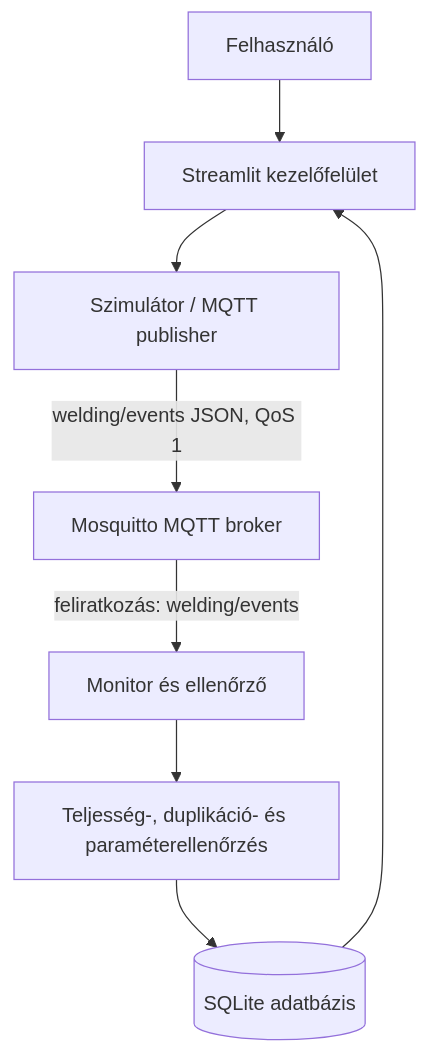
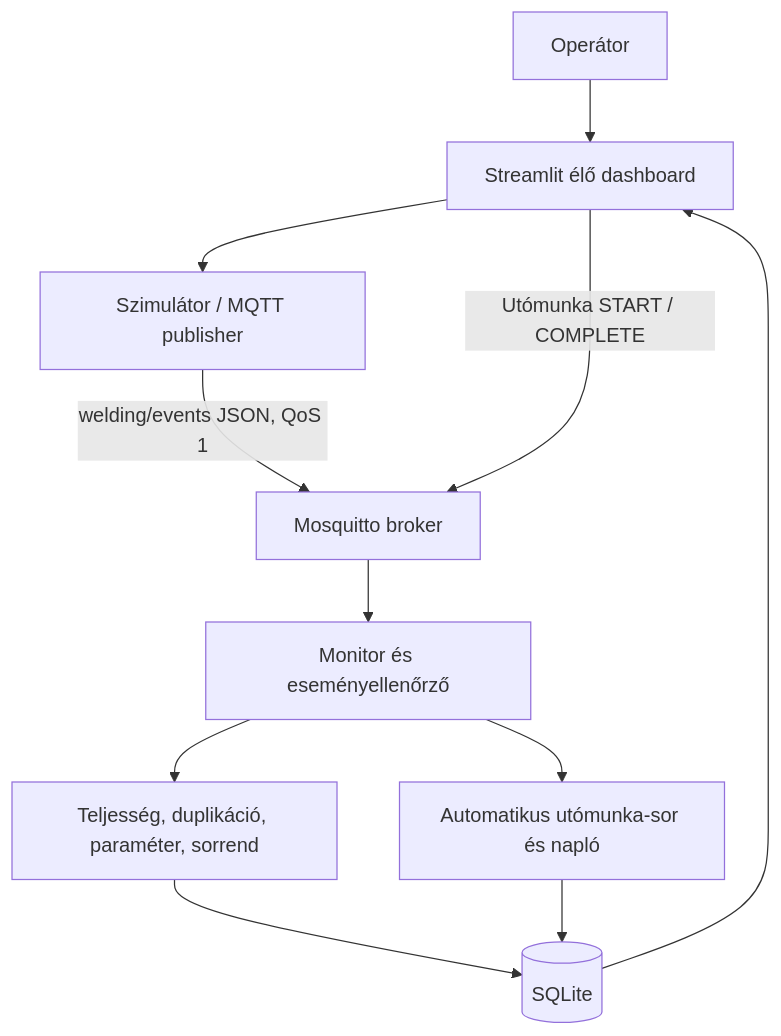
The diagram in docs/architecture.md (DrPigHunter/IPAR4.0-Karosszeriahegesztes), drawn with Mermaid before and after one commit. The commit also changed other lines of this file, not shown here.

Commit message:
Document live dashboard, fault handling, and rework workflow

````diff
--- a/docs/architecture.md
+++ b/docs/architecture.md
@@ -16,10 +16,13 @@
 ```mermaid
 flowchart TD
-    H[Felhasználó] --> UI[Streamlit kezelőfelület]
+    OP[Operátor] --> UI[Streamlit élő dashboard]
     UI --> PUB[Szimulátor / MQTT publisher]
-    PUB -->|welding/events JSON, QoS 1| MQTT[Mosquitto MQTT broker]
-    MQTT -->|feliratkozás: welding/events| MON[Monitor és ellenőrző]
-    MON --> RULES[Teljesség-, duplikáció- és paraméterellenőrzés]
-    RULES --> DB[(SQLite adatbázis)]
+    PUB -->|welding/events JSON, QoS 1| MQTT[Mosquitto broker]
+    MQTT --> MON[Monitor és eseményellenőrző]
+    MON --> RULES[Teljesség, duplikáció, paraméter, sorrend]
+    RULES --> DB[(SQLite)]
     DB --> UI
+    UI -->|Utómunka START / COMPLETE| MQTT
+    MON --> RW[Automatikus utómunka-sor és napló]
+    RW --> DB
 ```
````
